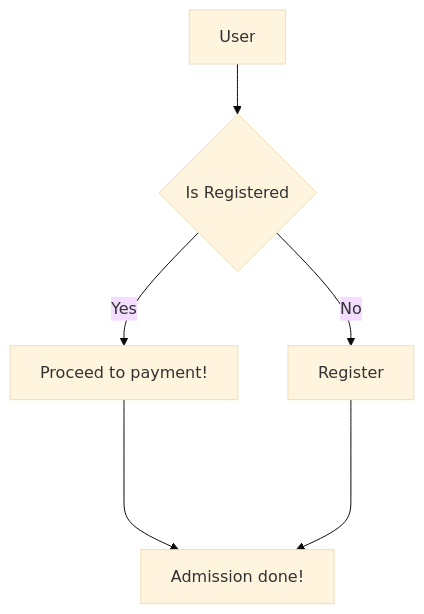
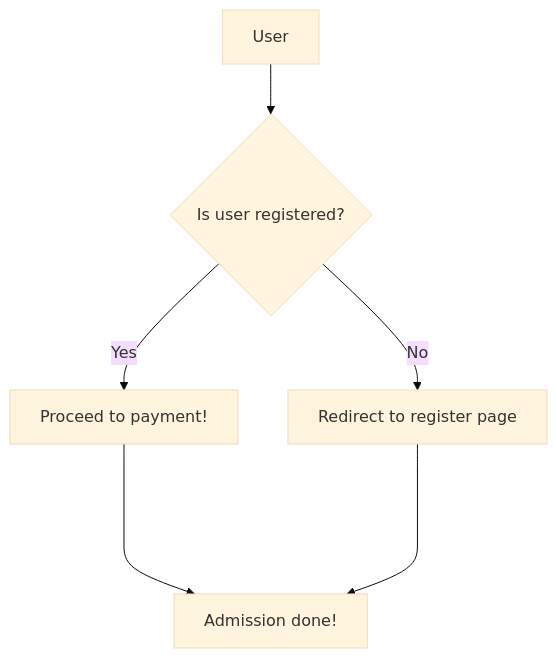
One commit to sushant76s/AdmissionForm changed the diagram in README.md. Above: the diagram before and after it, drawn with Mermaid (base theme).

````diff
--- a/README.md
+++ b/README.md
@@ -19,8 +19,8 @@
 ```mermaid
   flowchart TD
-  A[User] --> B{Is Registered};
+  A[User] --> B{Is user registered?};
   B -- Yes --> C[Proceed to payment!];
-  B -- No --> D[Register];
+  B -- No --> D[Redirect to register page];
   C ----> E[Admission done!];
   D ----> E[Admission done!];
 ```
````
